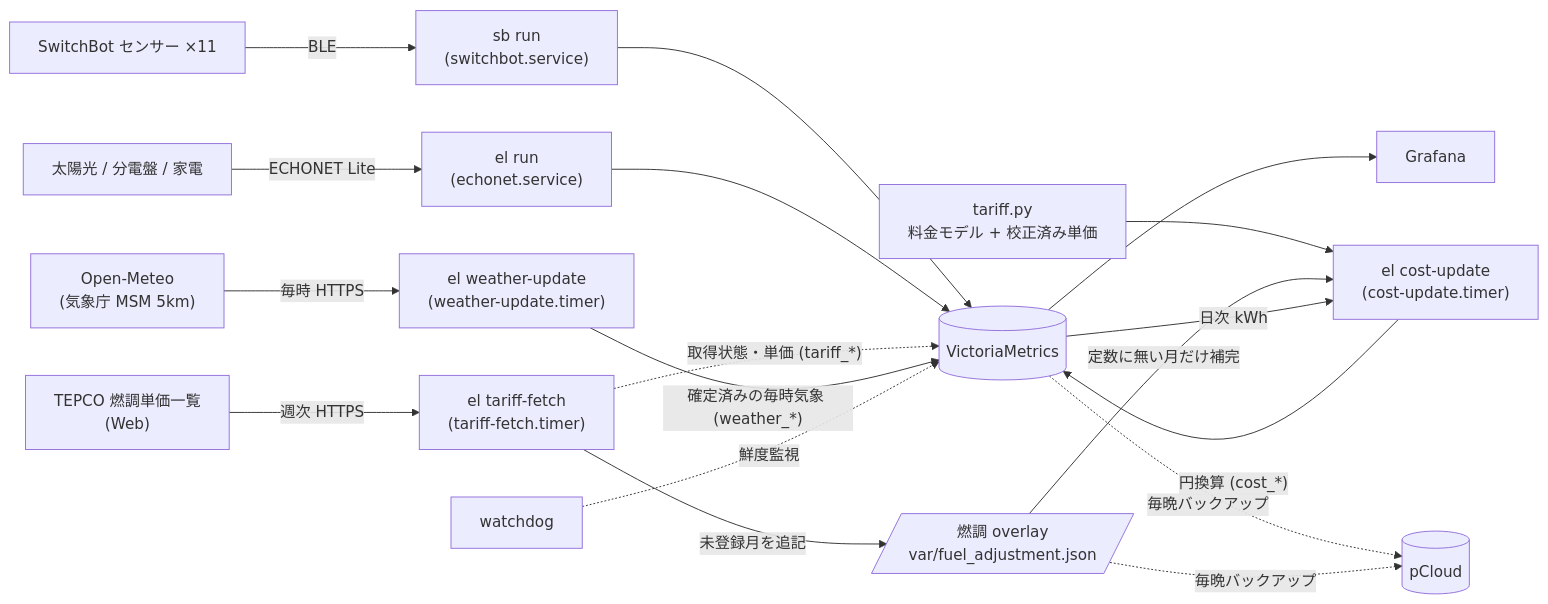
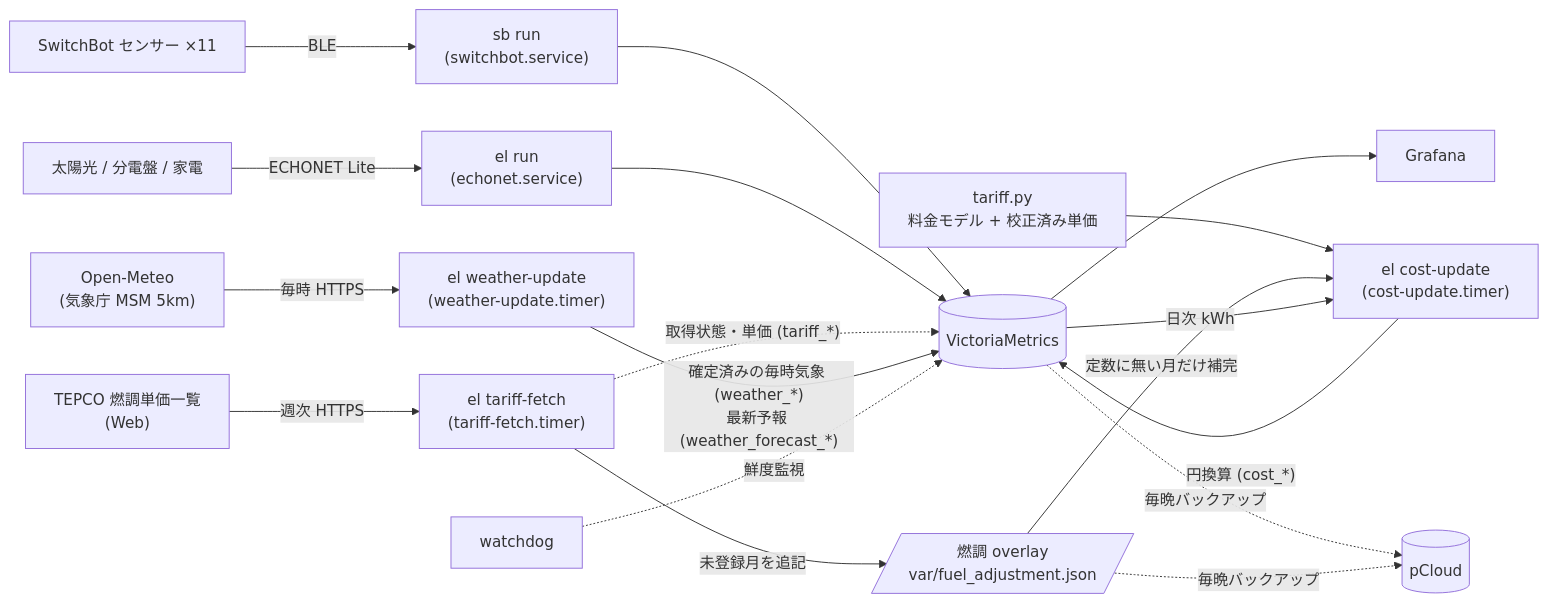
One commit to munetaka/homeserver changed the diagram in README.md. Above: the diagram before and after it, drawn with Mermaid. The commit also changed other lines of this file and 7 other files, not shown here.

````diff
--- a/README.md
+++ b/README.md
@@ -11,23 +11,23 @@
 ```mermaid
 flowchart LR
     S["SwitchBot センサー ×11"] -- BLE --> SB["sb run<br>(switchbot.service)"]
     P["太陽光 / 分電盤 / 家電"] -- "ECHONET Lite" --> EL["el run<br>(echonet.service)"]
     SB --> VM[("VictoriaMetrics")]
     EL --> VM
     VM --> G["Grafana"]
 
     T["TEPCO 燃調単価一覧<br>(Web)"] -- "週次 HTTPS" --> TF["el tariff-fetch<br>(tariff-fetch.timer)"]
     TF -- "未登録月を追記" --> OV[/"燃調 overlay<br>var/fuel_adjustment.json"/]
     TP["tariff.py<br>料金モデル + 校正済み単価"] --> CU["el cost-update<br>(cost-update.timer)"]
     OV -- "定数に無い月だけ補完" --> CU
     VM -- "日次 kWh" --> CU
     CU -- "円換算 (cost_*)" --> VM
     TF -. "取得状態・単価 (tariff_*)" .-> VM
 
     OM["Open-Meteo<br>(気象庁 MSM 5km)"] -- "毎時 HTTPS" --> WU["el weather-update<br>(weather-update.timer)"]
-    WU -- "確定済みの毎時気象 (weather_*)" --> VM
+    WU -- "確定済みの毎時気象 (weather_*)<br>最新予報 (weather_forecast_*)" --> VM
 
     WD["watchdog"] -. 鮮度監視 .-> VM
     VM -. 毎晩バックアップ .-> PC[("pCloud")]
     OV -. 毎晩バックアップ .-> PC
 ```
````
